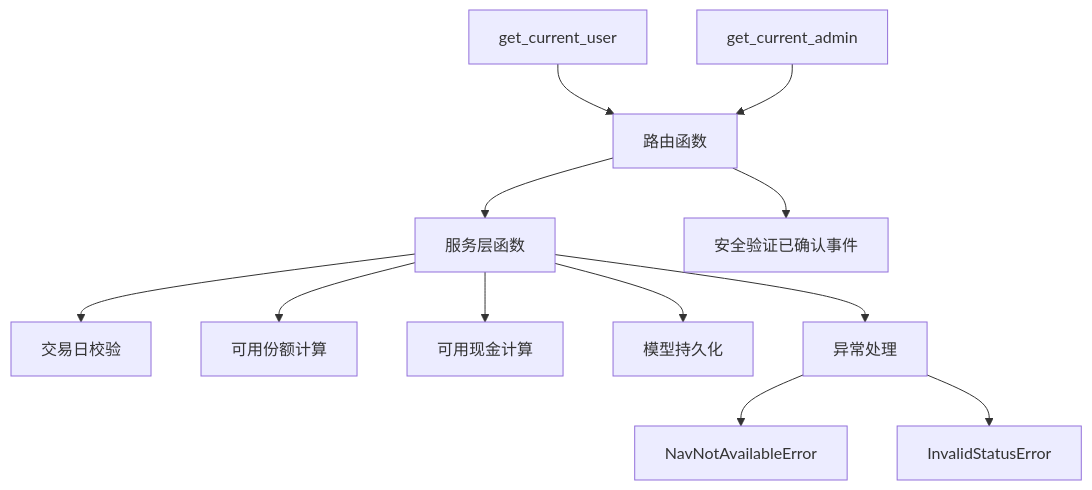
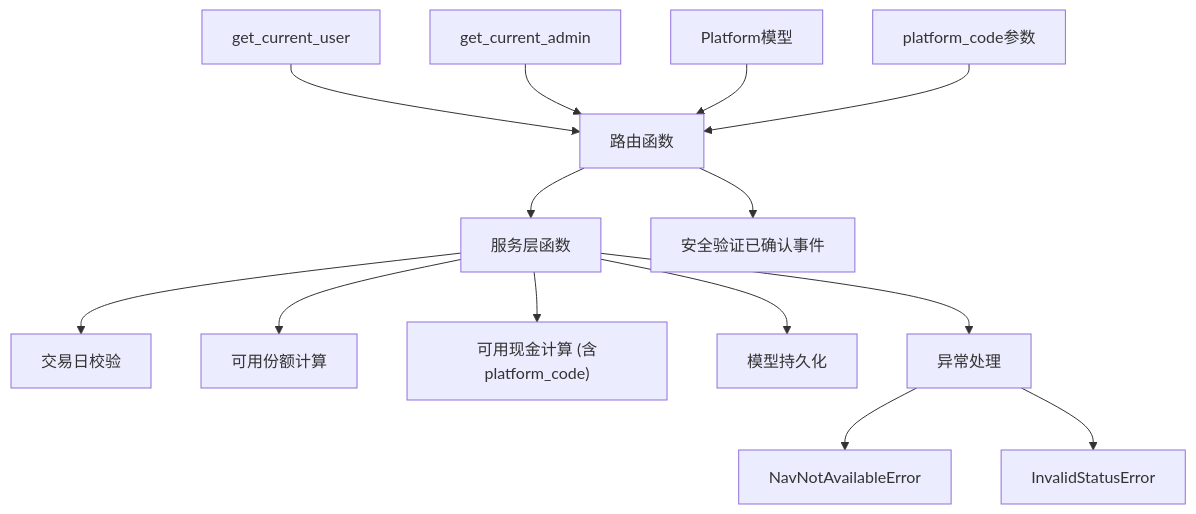
One commit to gujialind/InvestRing changed the eighth of 8 diagrams in .qoder/repowiki/zh/content/后端API文档/申购赎回API.md. Above: the diagram before and after it, drawn with Mermaid. The commit also changed other lines of this file and 42 other files, not shown here.

````diff
--- a/.qoder/repowiki/zh/content/后端API文档/申购赎回API.md
+++ b/.qoder/repowiki/zh/content/后端API文档/申购赎回API.md
@@ -394,14 +479,16 @@
 ```mermaid
 graph TB
 U["get_current_user"] --> R["路由函数"]
 A["get_current_admin"] --> R
 R --> S["服务层函数"]
 S --> T["交易日校验"]
 S --> C1["可用份额计算"]
-S --> C2["可用现金计算"]
+S --> C2["可用现金计算 (含platform_code)"]
 S --> M["模型持久化"]
 S --> E["异常处理"]
 R --> V["安全验证已确认事件"]
 E --> N["NavNotAvailableError"]
 E --> I["InvalidStatusError"]
+P["Platform模型"] --> R
+PC["platform_code参数"] --> R
 ```
````
